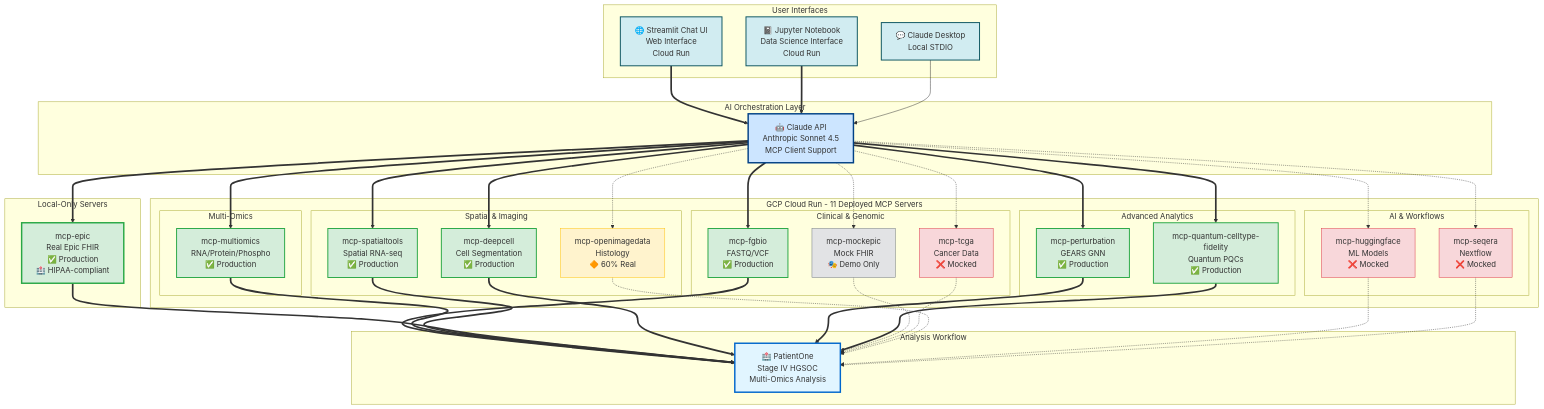
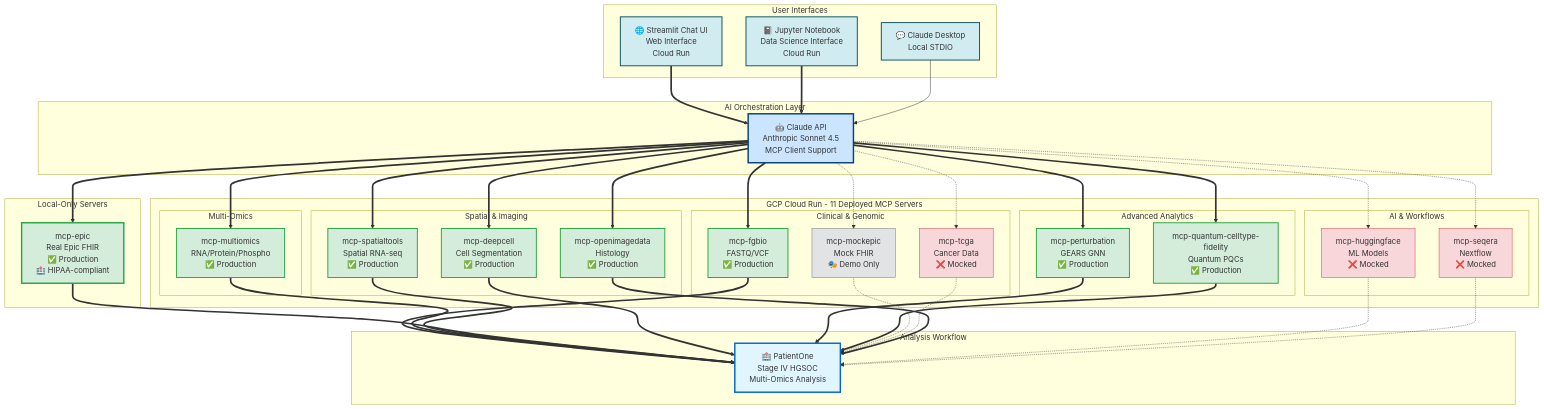
The diagram in docs/for-developers/README.md (raymond301/precision-medicine-mcp), drawn with Mermaid before and after one commit. The commit also changed other lines of this file and 12 other files, not shown here.

First line of the commit message:
Propagate mcp-openimagedata 100% production status across all docs

```diff
--- a/docs/for-developers/README.md
+++ b/docs/for-developers/README.md
@@ -93,7 +93,7 @@
 
         subgraph "Spatial & Imaging"
             SPATIAL[mcp-spatialtools<br/>Spatial RNA-seq<br/>✅ Production]
-            IMAGE[mcp-openimagedata<br/>Histology<br/>🔶 60% Real]
+            IMAGE[mcp-openimagedata<br/>Histology<br/>✅ Production]
             DEEPCELL[mcp-deepcell<br/>Cell Segmentation<br/>✅ Production]
         end
 
@@ -125,7 +125,7 @@
     API ==> QUANTUM
     API -.-> MOCKEPIC
     API -.-> TCGA
-    API -.-> IMAGE
+    API ==> IMAGE
     API -.-> HF
     API -.-> SEQERA
 
@@ -138,7 +138,7 @@
     QUANTUM ==> PATIENT
     MOCKEPIC -.-> PATIENT
     TCGA -.-> PATIENT
-    IMAGE -.-> PATIENT
+    IMAGE ==> PATIENT
     HF -.-> PATIENT
     SEQERA -.-> PATIENT
 
@@ -154,7 +154,7 @@
     style DEEPCELL fill:#d4edda,stroke:#28a745,stroke-width:2px
     style PERTURB fill:#d4edda,stroke:#28a745,stroke-width:2px
     style QUANTUM fill:#d4edda,stroke:#28a745,stroke-width:2px
-    style IMAGE fill:#fff3cd,stroke:#ffc107,stroke-width:1px
+    style IMAGE fill:#d4edda,stroke:#28a745,stroke-width:2px
     style TCGA fill:#f8d7da,stroke:#dc3545,stroke-width:1px
     style HF fill:#f8d7da,stroke:#dc3545,stroke-width:1px
     style SEQERA fill:#f8d7da,stroke:#dc3545,stroke-width:1px
```
